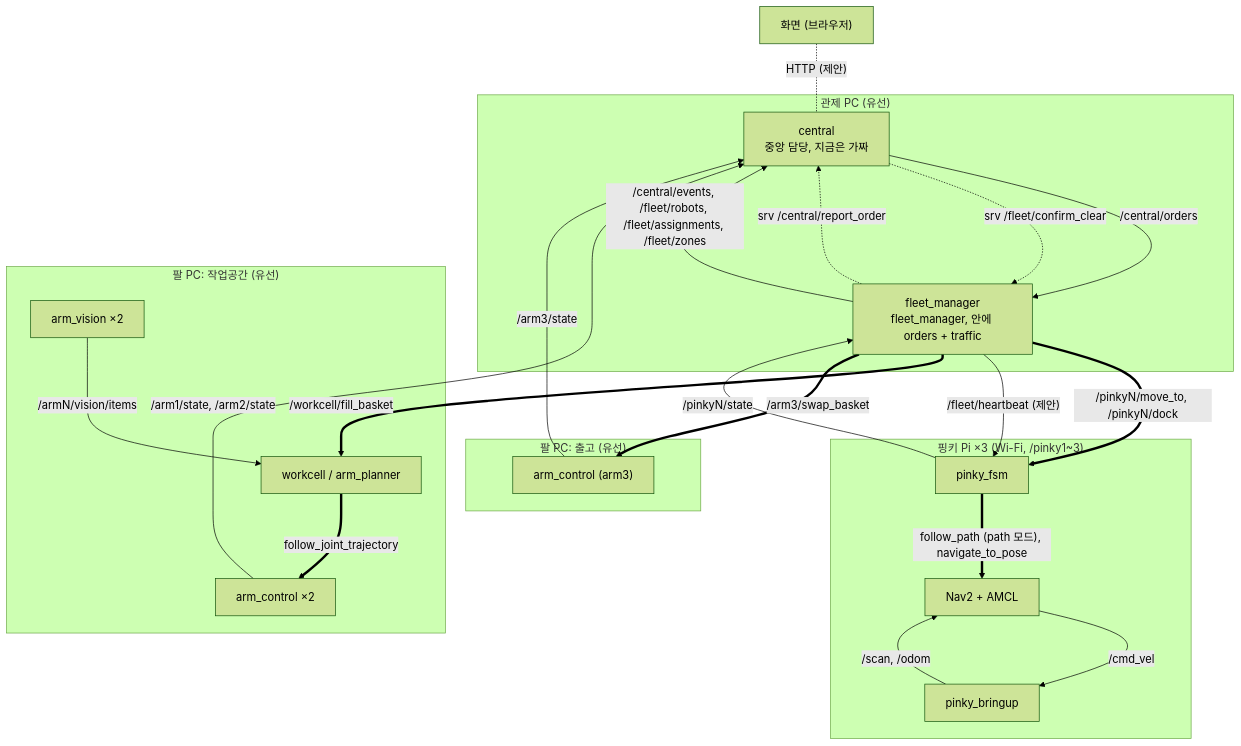
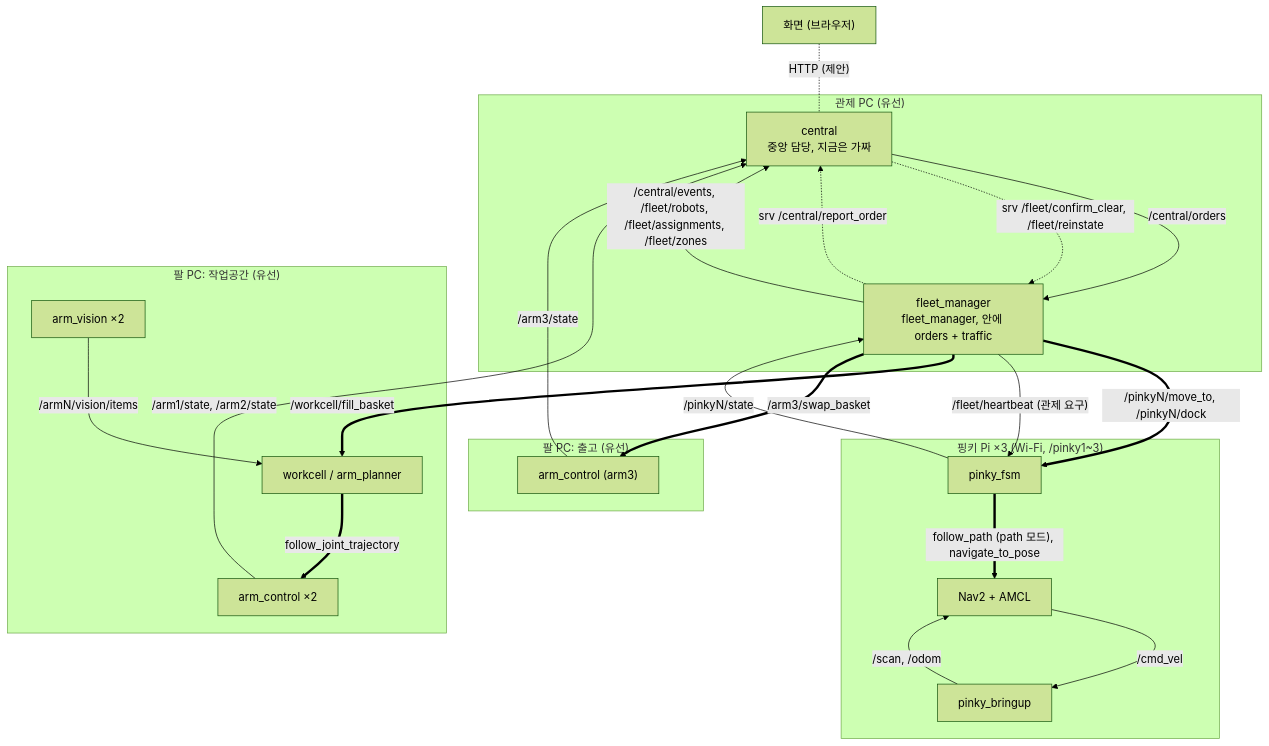
One commit to PJW-1/roscamp-freefloor changed the second of 2 diagrams in README.md. Above: the diagram before and after it, drawn with Mermaid (forest theme). The commit also changed other lines of this file and 3 other files, not shown here.

````diff
--- a/README.md
+++ b/README.md
@@ -78,38 +78,38 @@
 ```mermaid
 flowchart TB
   web["화면 (브라우저)"]
   subgraph pcbox["관제 PC (유선)"]
     central["central<br/>중앙 담당, 지금은 가짜"]
     fm["fleet_manager<br/>fleet_manager, 안에 orders + traffic"]
   end
   subgraph pinky["핑키 Pi ×3 (Wi-Fi, /pinky1~3)"]
     fsm["pinky_fsm"]
     nav["Nav2 + AMCL"]
     bring["pinky_bringup"]
   end
   subgraph armw["팔 PC: 작업공간 (유선)"]
     wc["workcell / arm_planner"]
     ac["arm_control ×2"]
     av["arm_vision ×2"]
   end
   subgraph armo["팔 PC: 출고 (유선)"]
     a3["arm_control (arm3)"]
   end
   web -. "HTTP (제안)" .- central
   central -- "/central/orders" --> fm
   fm -. "srv /central/report_order" .-> central
   fm -- "/central/events, /fleet/robots, /fleet/assignments, /fleet/zones" --> central
-  central -. "srv /fleet/confirm_clear" .-> fm
+  central -. "srv /fleet/confirm_clear, /fleet/reinstate" .-> fm
   fm == "/pinkyN/move_to, /pinkyN/dock" ==> fsm
-  fm -- "/fleet/heartbeat (제안)" --> fsm
+  fm -- "/fleet/heartbeat (관제 요구)" --> fsm
   fsm -- "/pinkyN/state" --> fm
   fsm == "follow_path (path 모드), navigate_to_pose" ==> nav
   nav -- "/cmd_vel" --> bring
   bring -- "/scan, /odom" --> nav
   fm == "/workcell/fill_basket" ==> wc
   fm == "/arm3/swap_basket" ==> a3
   av -- "/armN/vision/items" --> wc
   wc == "follow_joint_trajectory" ==> ac
   ac -- "/arm1/state, /arm2/state" --> central
   a3 -- "/arm3/state" --> central
 ```
````
